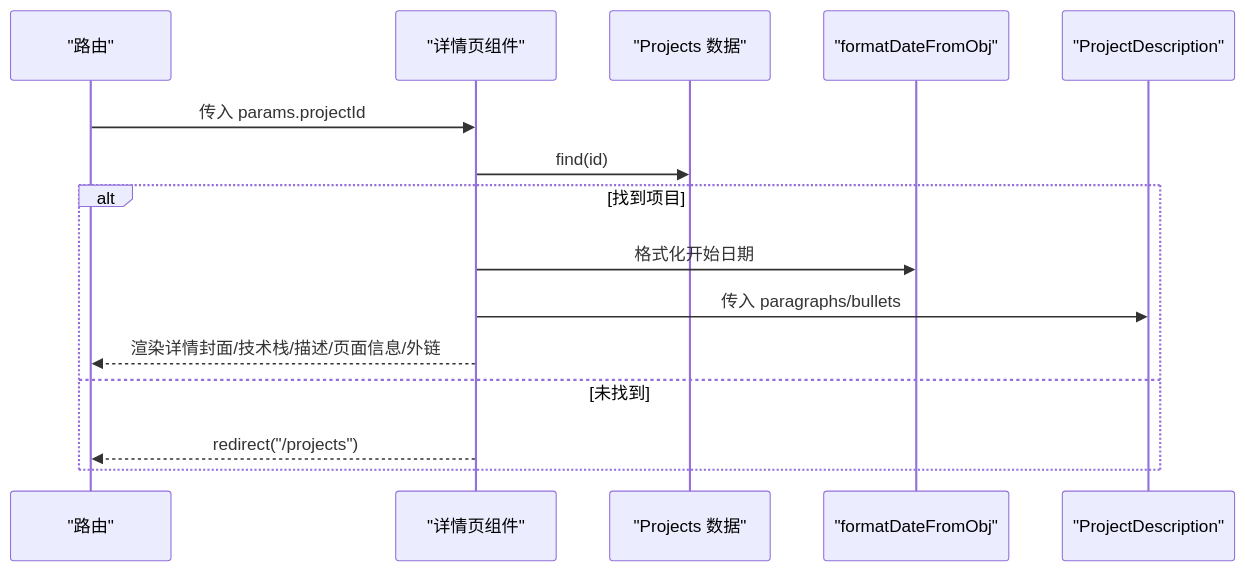
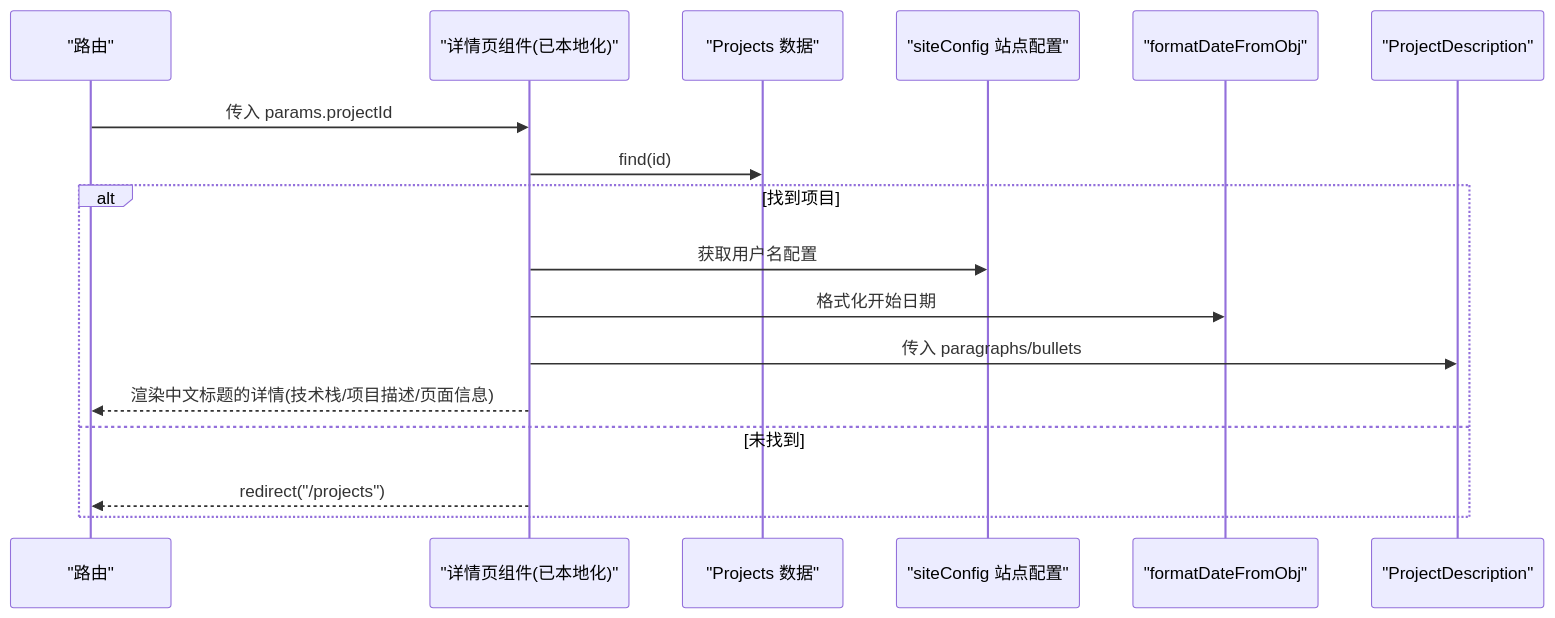
One commit to florianjsun/next-portfolio changed the fifth of 6 diagrams in .qoder/repowiki/zh/content/核心功能模块/项目展示模块/项目展示模块.md. Above: the diagram before and after it, drawn with Mermaid. The commit also changed other lines of this file and 4 other files, not shown here.

````diff
--- a/.qoder/repowiki/zh/content/核心功能模块/项目展示模块/项目展示模块.md
+++ b/.qoder/repowiki/zh/content/核心功能模块/项目展示模块/项目展示模块.md
@@ -208,17 +229,19 @@
 ```mermaid
 sequenceDiagram
 participant R as "路由"
-participant P as "详情页组件"
+participant P as "详情页组件(已本地化)"
 participant D as "Projects 数据"
+participant S as "siteConfig 站点配置"
 participant U as "formatDateFromObj"
 participant V as "ProjectDescription"
 R->>P : 传入 params.projectId
 P->>D : find(id)
 alt 找到项目
+P->>S : 获取用户名配置
 P->>U : 格式化开始日期
 P->>V : 传入 paragraphs/bullets
-P-->>R : 渲染详情封面/技术栈/描述/页面信息/外链
+P-->>R : 渲染中文标题的详情(技术栈/项目描述/页面信息)
 else 未找到
 P-->>R : redirect("/projects")
 end
 ```
````
